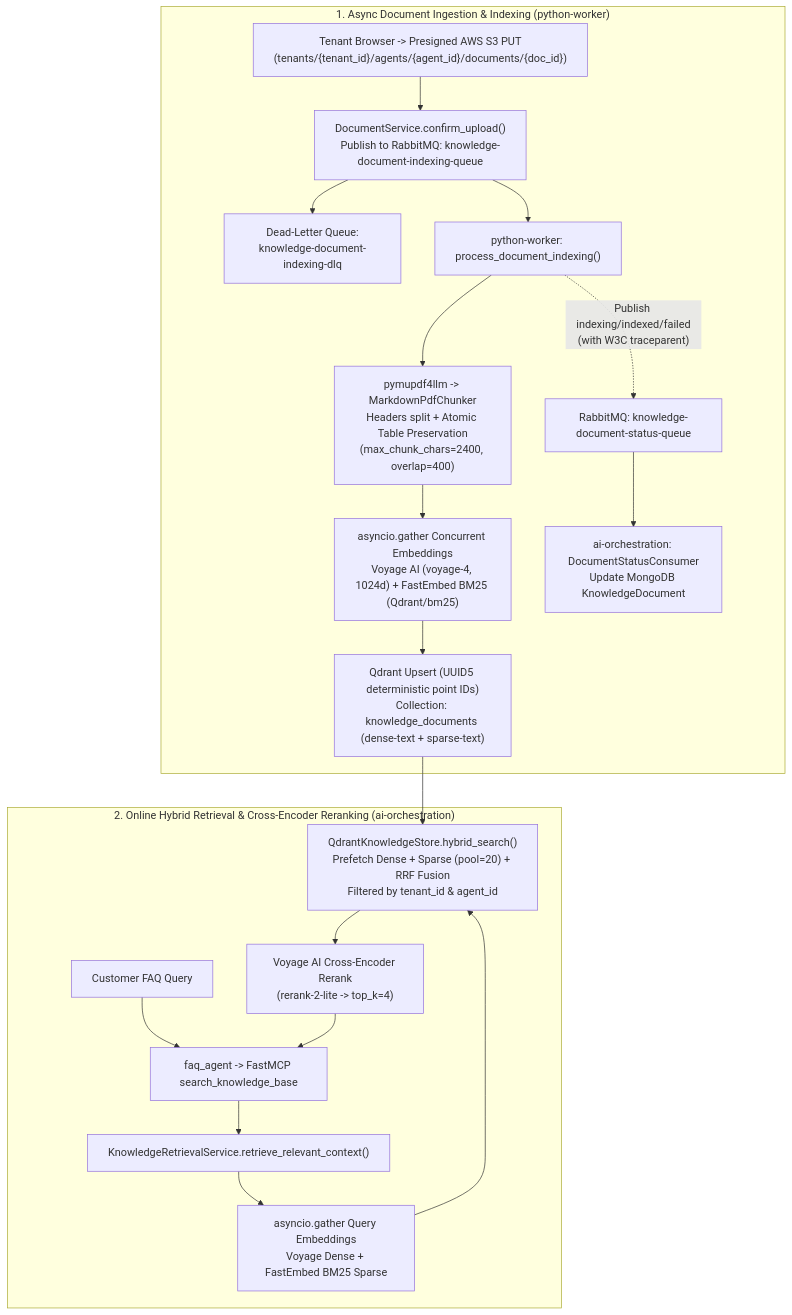
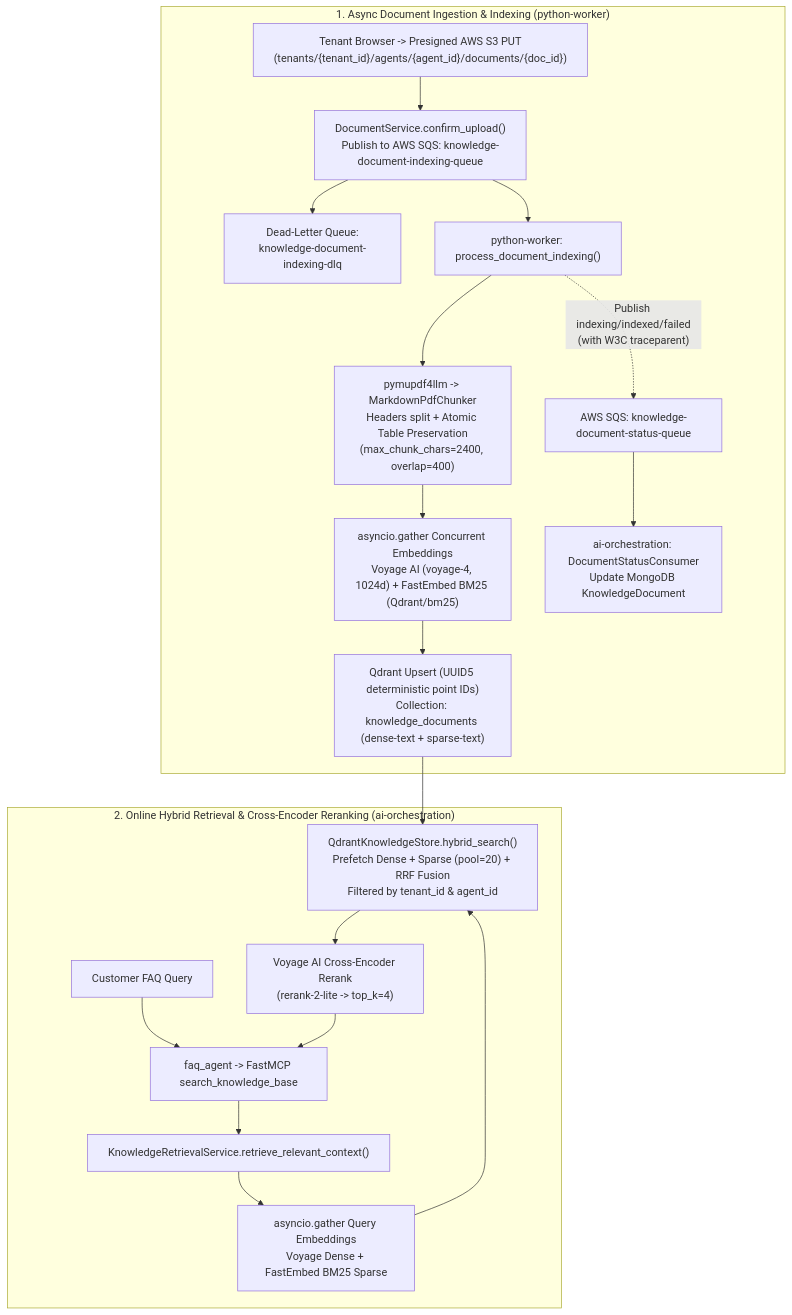
The first of 2 diagrams in docs/rag-pipeline.md (cjmatrix/Schedulux), drawn with Mermaid before and after one commit. The commit also changed 8 other files, not shown here.

````diff
--- a/docs/rag-pipeline.md
+++ b/docs/rag-pipeline.md
@@ -19,24 +19,24 @@
 ```mermaid
 flowchart TB
     subgraph Ingest["1. Async Document Ingestion & Indexing (python-worker)"]
-        Upload["Tenant Browser -> Presigned AWS S3 PUT\n(tenants/{tenant_id}/agents/{agent_id}/documents/{doc_id})"] --> Confirm["DocumentService.confirm_upload()\nPublish to RabbitMQ: knowledge-document-indexing-queue"]
+        Upload["Tenant Browser -> Presigned AWS S3 PUT\n(tenants/{tenant_id}/agents/{agent_id}/documents/{doc_id})"] --> Confirm["DocumentService.confirm_upload()\nPublish to AWS SQS: knowledge-document-indexing-queue"]
         Confirm --> DLQ["Dead-Letter Queue:\nknowledge-document-indexing-dlq"]
         Confirm --> Worker["python-worker: process_document_indexing()"]
         Worker --> Parse["pymupdf4llm -> MarkdownPdfChunker\nHeaders split + Atomic Table Preservation\n(max_chunk_chars=2400, overlap=400)"]
         Parse --> EmbedBoth["asyncio.gather Concurrent Embeddings\nVoyage AI (voyage-4, 1024d) + FastEmbed BM25 (Qdrant/bm25)"]
         EmbedBoth --> Upsert["Qdrant Upsert (UUID5 deterministic point IDs)\nCollection: knowledge_documents (dense-text + sparse-text)"]
-        Worker -.->|"Publish indexing/indexed/failed\n(with W3C traceparent)"| StatusQ["RabbitMQ: knowledge-document-status-queue"]
+        Worker -.->|"Publish indexing/indexed/failed\n(with W3C traceparent)"| StatusQ["AWS SQS: knowledge-document-status-queue"]
         StatusQ --> StatusConsumer["ai-orchestration: DocumentStatusConsumer\nUpdate MongoDB KnowledgeDocument"]
     end
 
     subgraph Query["2. Online Hybrid Retrieval & Cross-Encoder Reranking (ai-orchestration)"]
         Customer["Customer FAQ Query"] --> FAQ["faq_agent -> FastMCP search_knowledge_base"]
         FAQ --> KRS["KnowledgeRetrievalService.retrieve_relevant_context()"]
         KRS --> QEmbed["asyncio.gather Query Embeddings\nVoyage Dense + FastEmbed BM25 Sparse"]
         QEmbed --> QdrantSearch["QdrantKnowledgeStore.hybrid_search()\nPrefetch Dense + Sparse (pool=20) + RRF Fusion\nFiltered by tenant_id & agent_id"]
         QdrantSearch --> Rerank["Voyage AI Cross-Encoder Rerank\n(rerank-2-lite -> top_k=4)"]
         Rerank --> FAQ
     end
 
     Upsert --> QdrantSearch
 ```
````
